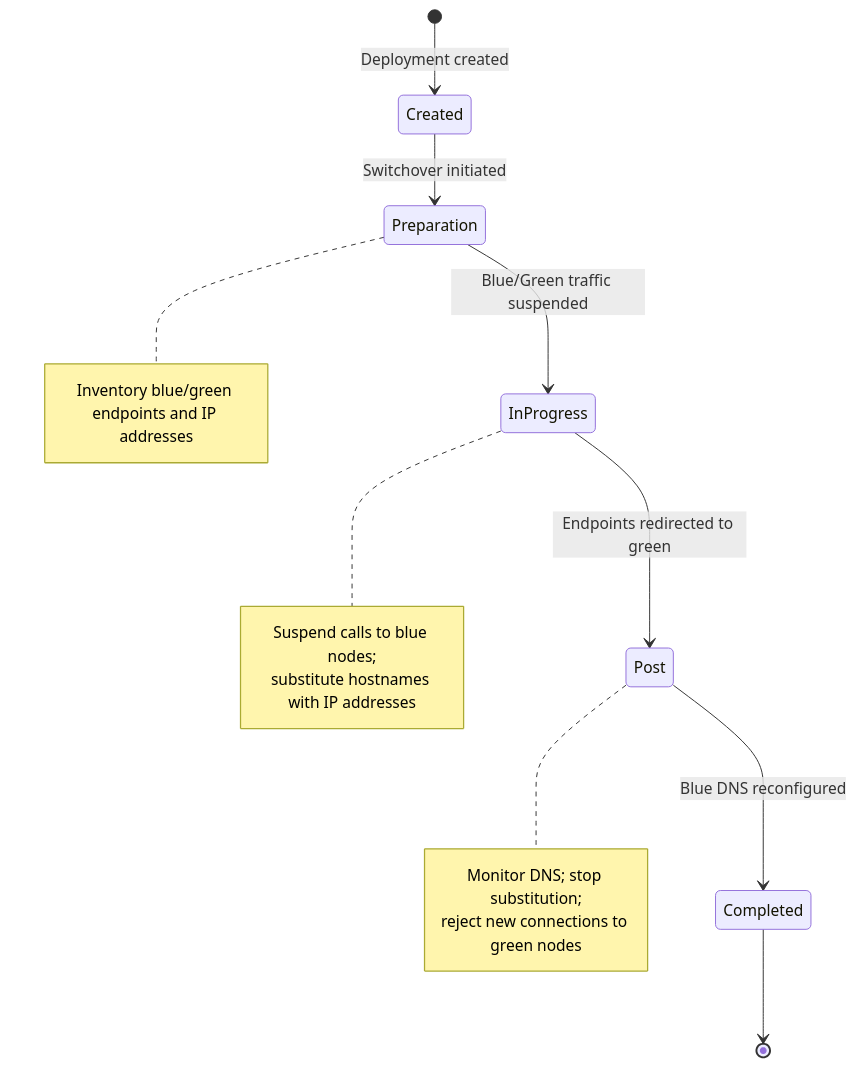
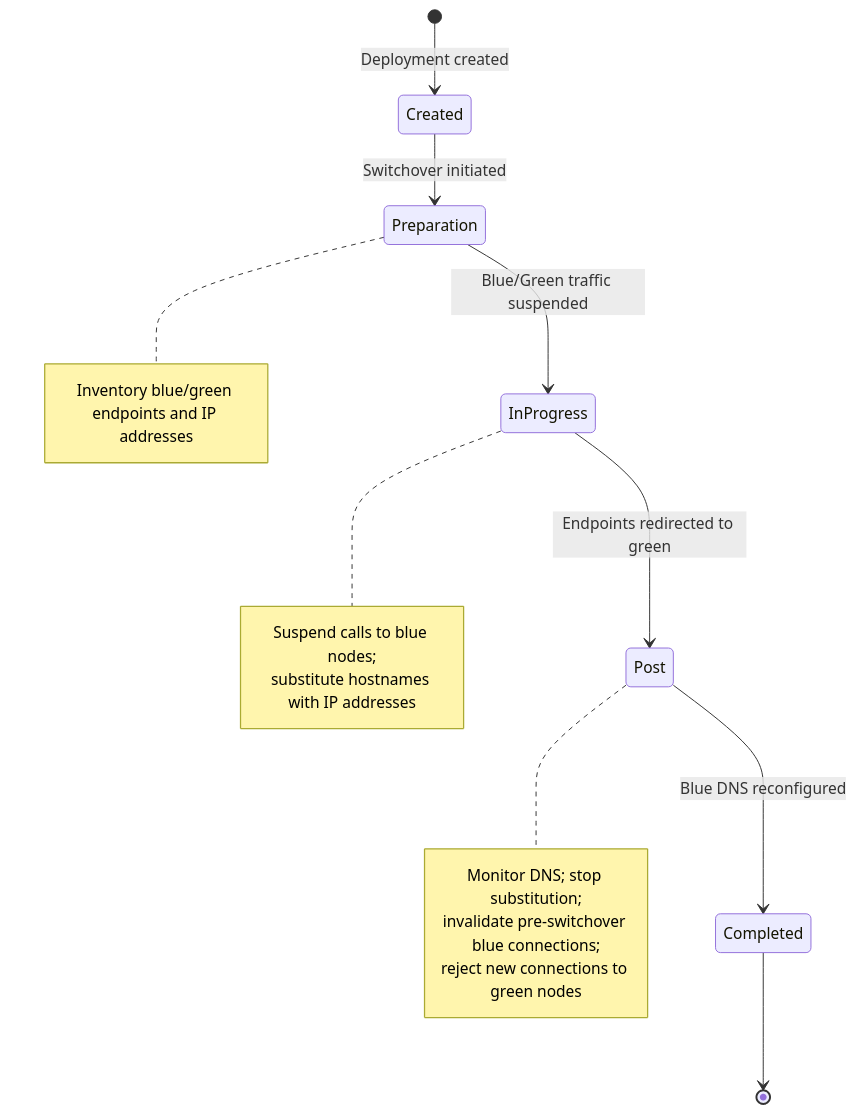
Before and after one commit to aws/aws-advanced-wrapper-docs: the diagram in site/docs-ruby/using-plugins/blue-green.md, drawn with Mermaid. The commit also changed other lines of this file and 46 other files, not shown here.

````diff
--- a/site/docs-ruby/using-plugins/blue-green.md
+++ b/site/docs-ruby/using-plugins/blue-green.md
@@ -46,21 +46,22 @@
 ```mermaid
 stateDiagram-v2
   [*] --> Created: Deployment created
   Created --> Preparation: Switchover initiated
   Preparation --> InProgress: Blue/Green traffic suspended
   InProgress --> Post: Endpoints redirected to green
   Post --> Completed: Blue DNS reconfigured
   Completed --> [*]
 
   note right of Preparation
     Inventory blue/green endpoints and IP addresses
   end note
   note right of InProgress
     Suspend calls to blue nodes;
     substitute hostnames with IP addresses
   end note
   note right of Post
     Monitor DNS; stop substitution;
+    invalidate pre-switchover blue connections;
     reject new connections to green nodes
   end note
 ```
````
